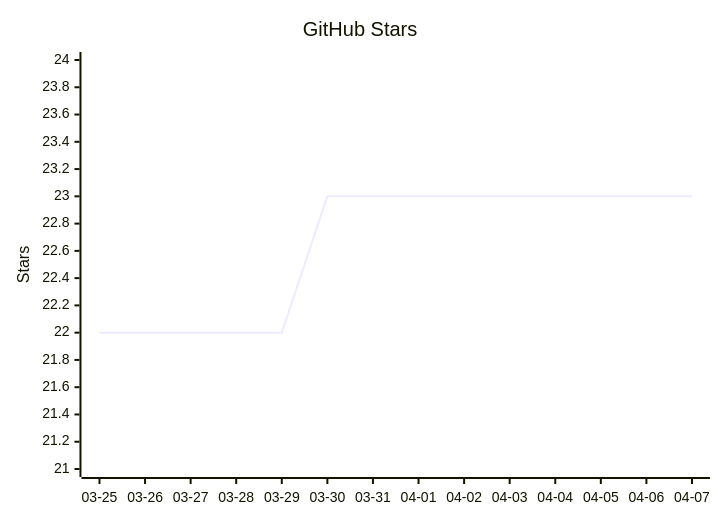
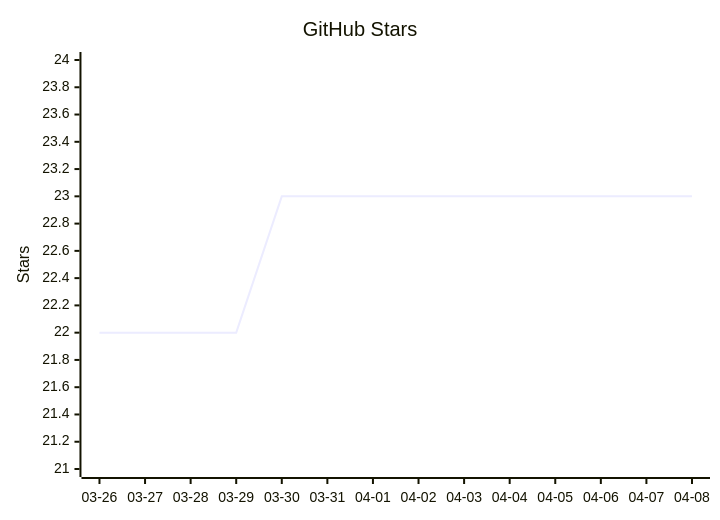
One commit to vectie/moonclaw changed the diagram in README.mbt.md. Above: the diagram before and after it, drawn with Mermaid. The commit also changed other lines of this file and 1 other file, not shown here.

Commit message:
Update README star growth

````diff
--- a/README.mbt.md
+++ b/README.mbt.md
@@ -448,7 +448,7 @@
 ```mermaid
 xychart-beta
     title "GitHub Stars"
-    x-axis ["03-25","03-26","03-27","03-28","03-29","03-30","03-31","04-01","04-02","04-03","04-04","04-05","04-06","04-07"]
+    x-axis ["03-26","03-27","03-28","03-29","03-30","03-31","04-01","04-02","04-03","04-04","04-05","04-06","04-07","04-08"]
     y-axis "Stars" 21 --> 24
-    line [22,22,22,22,22,23,23,23,23,23,23,23,23,23]
+    line [22,22,22,22,23,23,23,23,23,23,23,23,23,23]
 ```
````
